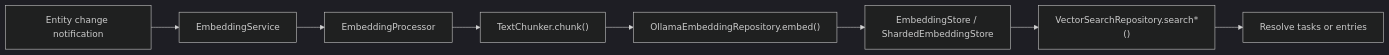
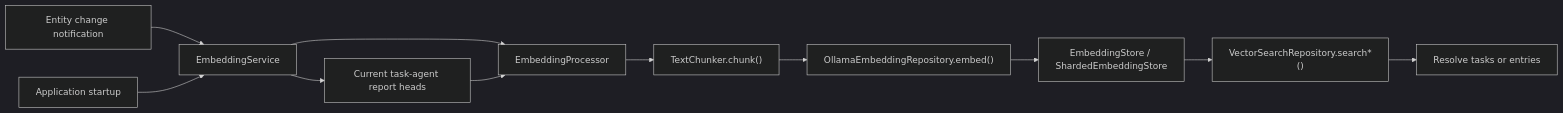
Before and after one commit to matthiasn/lotti: the first of 2 diagrams in knowledge/features/ai/embeddings-and-search.md, drawn with Mermaid (dark theme). The commit also changed other lines of this file and 7 other files, not shown here.

````diff
--- a/knowledge/features/ai/embeddings-and-search.md
+++ b/knowledge/features/ai/embeddings-and-search.md
@@ -44,10 +44,13 @@
 ```mermaid
 flowchart LR
   Change["Entity change notification"] --> Service["EmbeddingService"]
+  Startup["Application startup"] --> Service
+  Service --> Reports["Current task-agent report heads"]
   Service --> Extract["EmbeddingProcessor"]
+  Reports --> Extract
   Extract --> Chunk["TextChunker.chunk()"]
   Chunk --> Embed["OllamaEmbeddingRepository.embed()"]
   Embed --> Store["EmbeddingStore / ShardedEmbeddingStore"]
   Store --> Search["VectorSearchRepository.search*()"]
   Search --> Resolve["Resolve tasks or entries"]
 ```
````
